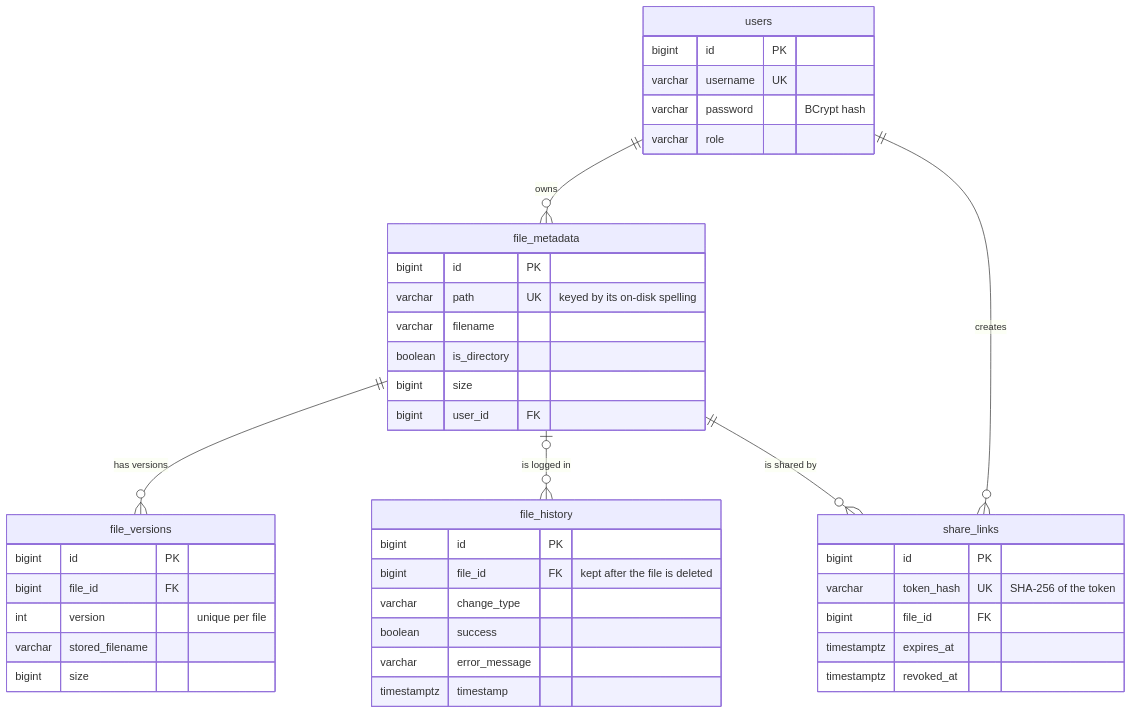
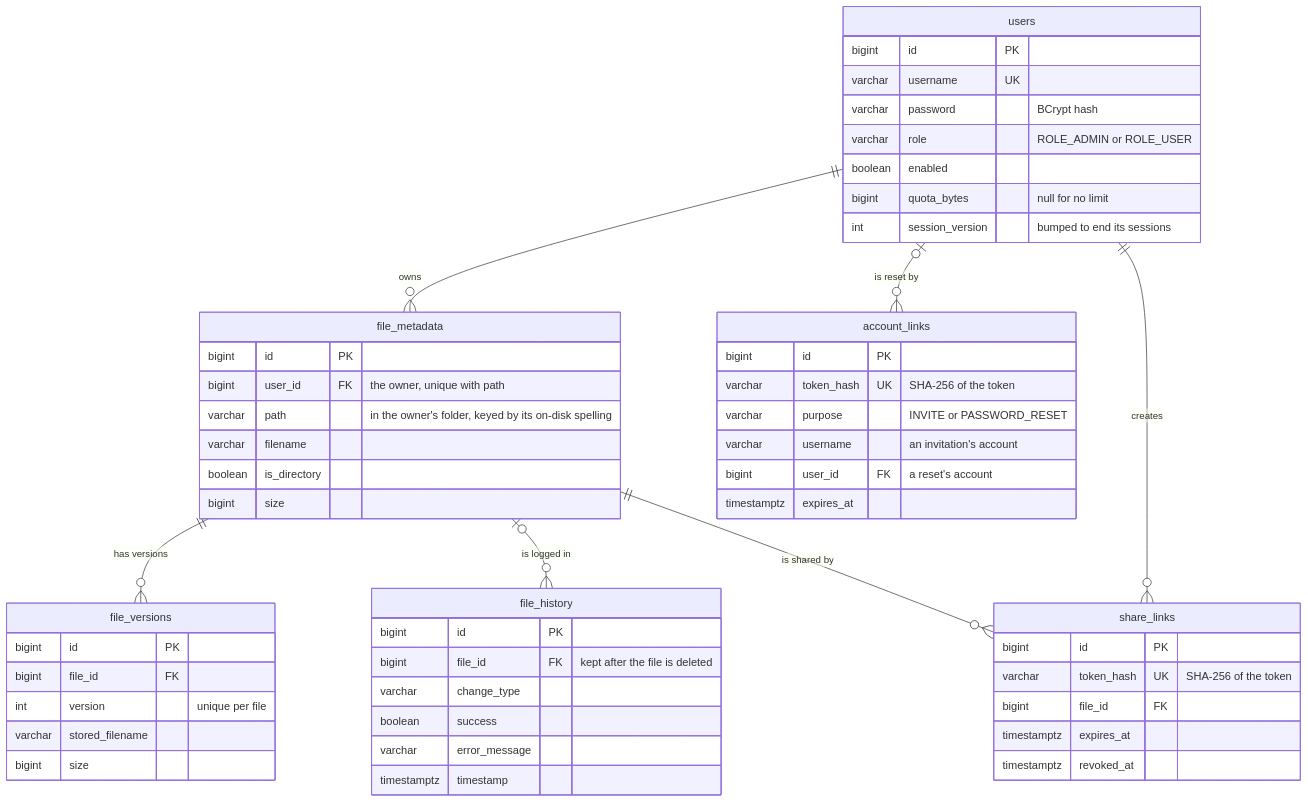
Before and after one commit to mevcaus/JavaDropbox: the second of 6 diagrams in README.md, drawn with Mermaid. The commit also changed other lines of this file and 4 other files, not shown here.

````diff
--- a/README.md
+++ b/README.md
@@ -86,45 +87,57 @@
 ```mermaid
 erDiagram
     users ||--o{ file_metadata : owns
     file_metadata ||--o{ file_versions : "has versions"
     file_metadata |o--o{ file_history : "is logged in"
     file_metadata ||--o{ share_links : "is shared by"
     users ||--o{ share_links : creates
+    users |o--o{ account_links : "is reset by"
 
     users {
         bigint id PK
         varchar username UK
         varchar password "BCrypt hash"
-        varchar role
+        varchar role "ROLE_ADMIN or ROLE_USER"
+        boolean enabled
+        bigint quota_bytes "null for no limit"
+        int session_version "bumped to end its sessions"
     }
     file_metadata {
         bigint id PK
-        varchar path UK "keyed by its on-disk spelling"
+        bigint user_id FK "the owner, unique with path"
+        varchar path "in the owner's folder, keyed by its on-disk spelling"
         varchar filename
         boolean is_directory
         bigint size
-        bigint user_id FK
     }
     file_versions {
         bigint id PK
         bigint file_id FK
         int version "unique per file"
         varchar stored_filename
         bigint size
     }
     file_history {
         bigint id PK
         bigint file_id FK "kept after the file is deleted"
         varchar change_type
         boolean success
         varchar error_message
         timestamptz timestamp
     }
     share_links {
         bigint id PK
         varchar token_hash UK "SHA-256 of the token"
         bigint file_id FK
         timestamptz expires_at
         timestamptz revoked_at
     }
+    account_links {
+        bigint id PK
+        varchar token_hash UK "SHA-256 of the token"
+        varchar purpose "INVITE or PASSWORD_RESET"
+        varchar username "an invitation's account"
+        bigint user_id FK "a reset's account"
+        timestamptz expires_at
+    }
 ```
````
